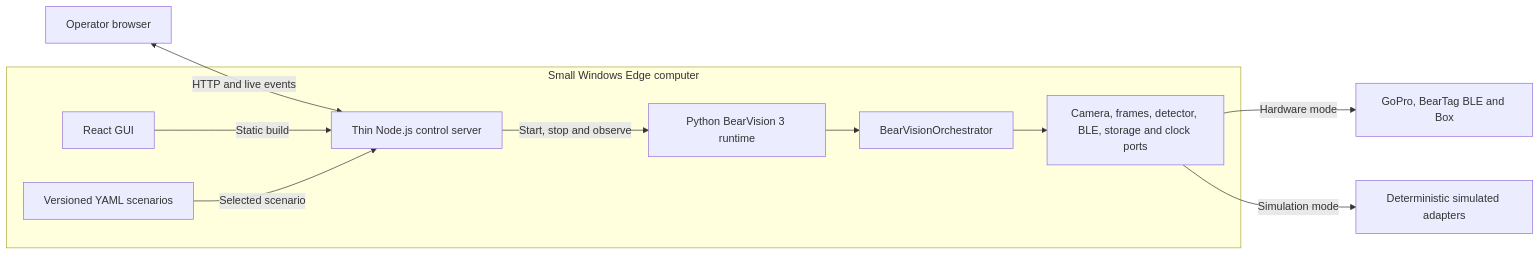
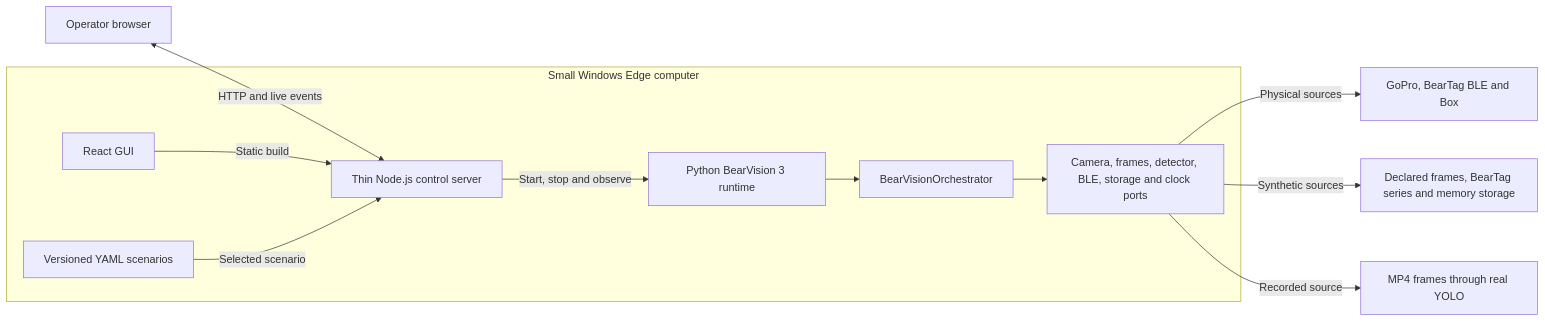
One commit to BeerBear85/BearVision changed the first of 2 diagrams in docs/remake/edge-control.md. Above: the diagram before and after it, drawn with Mermaid. The commit also changed other lines of this file and 20 other files, not shown here.

Commit message:
Add recorded-video YOLO scenarios

````diff
--- a/docs/remake/edge-control.md
+++ b/docs/remake/edge-control.md
@@ -12,15 +12,16 @@
 ```mermaid
 flowchart LR
     operator["Operator browser"] <-->|"HTTP and live events"| node["Thin Node.js control server"]
 
     subgraph edgeComputer["Small Windows Edge computer"]
         node -->|"Start, stop and observe"| python["Python BearVision 3 runtime"]
         react["React GUI"] -->|"Static build"| node
         scenarios["Versioned YAML scenarios"] -->|"Selected scenario"| node
         python --> orchestrator["BearVisionOrchestrator"]
         orchestrator --> ports["Camera, frames, detector, BLE, storage and clock ports"]
     end
 
-    ports -->|"Hardware mode"| hardware["GoPro, BearTag BLE and Box"]
-    ports -->|"Simulation mode"| simulated["Deterministic simulated adapters"]
+    ports -->|"Physical sources"| hardware["GoPro, BearTag BLE and Box"]
+    ports -->|"Synthetic sources"| simulated["Declared frames, BearTag series and memory storage"]
+    ports -->|"Recorded source"| video["MP4 frames through real YOLO"]
 ```
````
